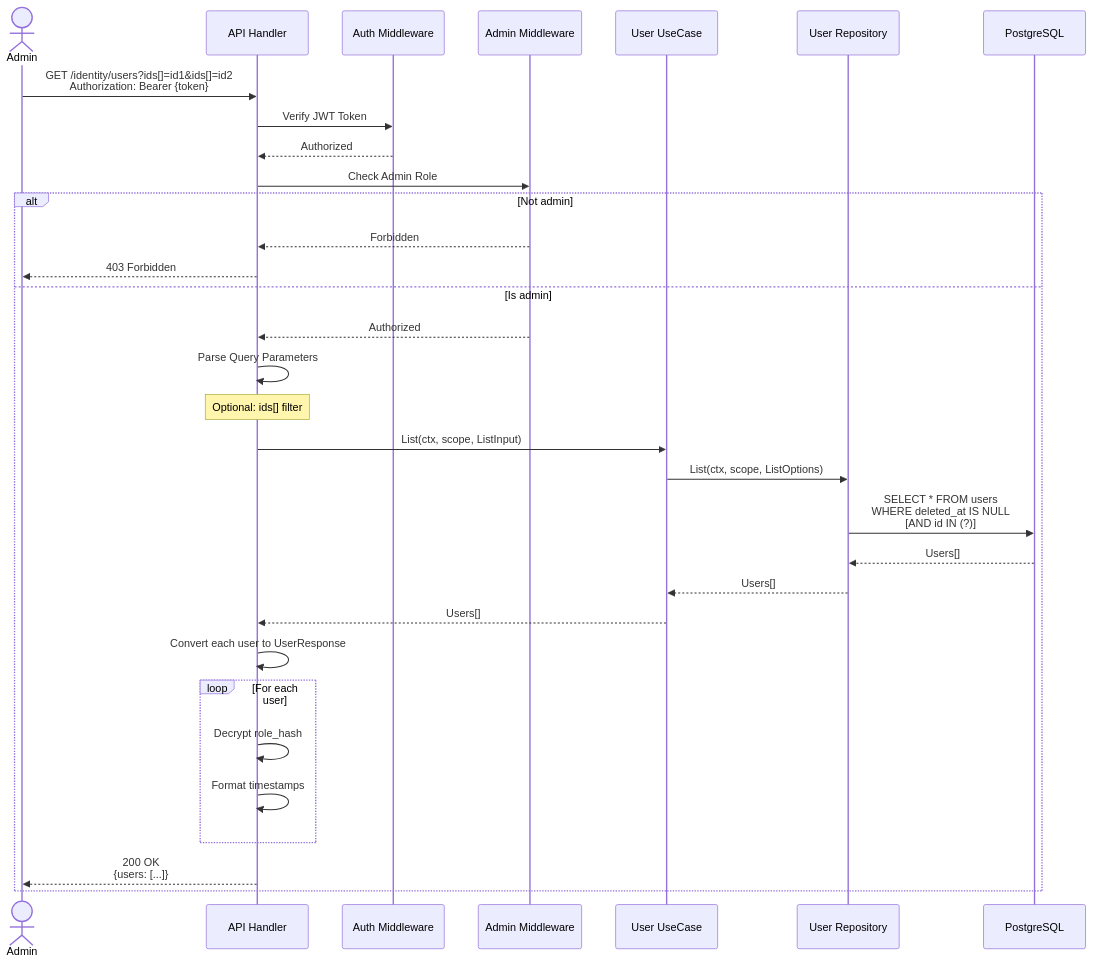
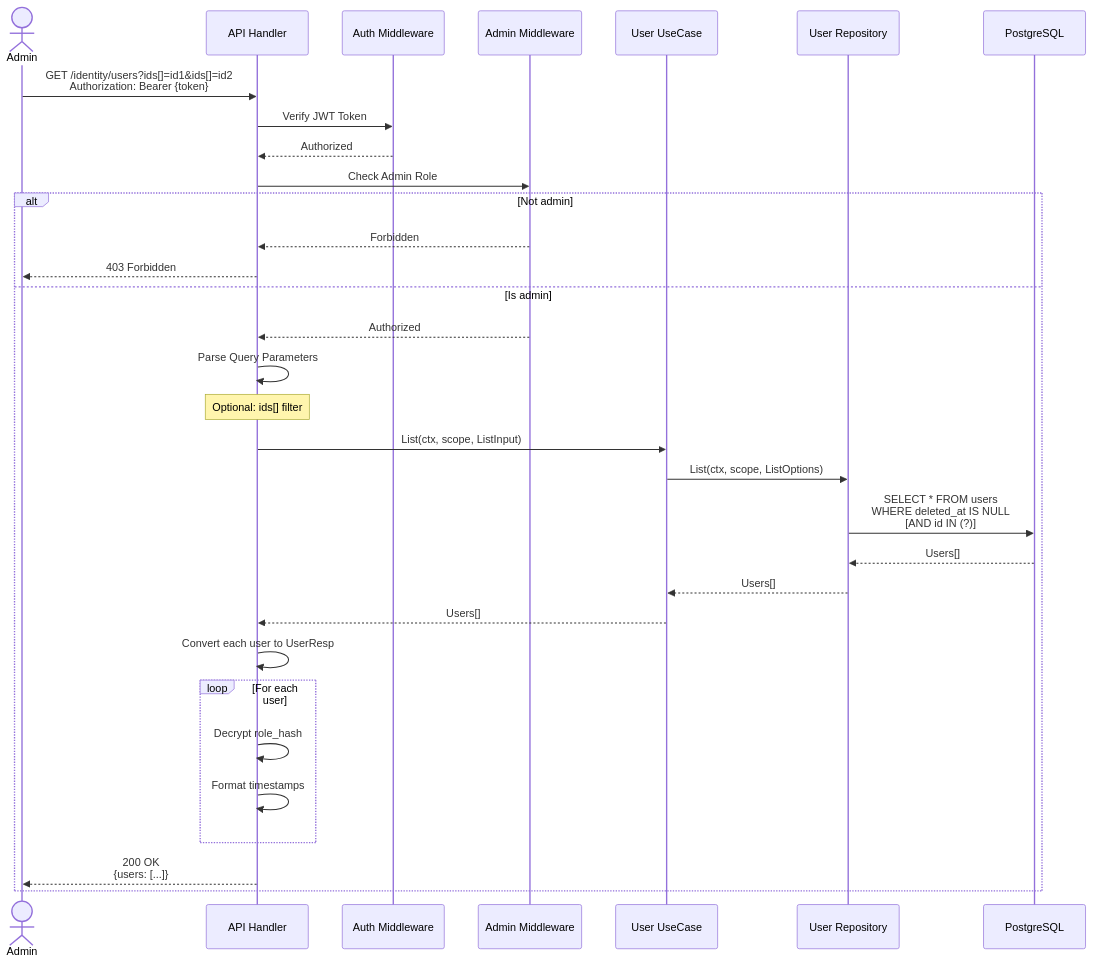
Before and after one commit to smap-hcmut/identity-srv: diagram 17 of 18 in identity/document/api.md, drawn with Mermaid. The commit also changed other lines of this file and 2 other files, not shown here.

Commit message:
refactor: Standardize API request and response type naming to *Req and *Resp.

````diff
--- a/identity/document/api.md
+++ b/identity/document/api.md
@@ -977,46 +977,46 @@
 ```mermaid
 sequenceDiagram
     actor Admin
     participant API as API Handler
     participant AuthMW as Auth Middleware
     participant AdminMW as Admin Middleware
     participant UserUC as User UseCase
     participant UserRepo as User Repository
     participant DB as PostgreSQL
 
     Admin->>API: GET /identity/users?ids[]=id1&ids[]=id2<br/>Authorization: Bearer {token}
     
     API->>AuthMW: Verify JWT Token
     AuthMW-->>API: Authorized
     
     API->>AdminMW: Check Admin Role
     
     alt Not admin
         AdminMW-->>API: Forbidden
         API-->>Admin: 403 Forbidden
     else Is admin
         AdminMW-->>API: Authorized
         
         API->>API: Parse Query Parameters
         Note over API: Optional: ids[] filter
         
         API->>UserUC: List(ctx, scope, ListInput)
         
         UserUC->>UserRepo: List(ctx, scope, ListOptions)
         
         UserRepo->>DB: SELECT * FROM users<br/>WHERE deleted_at IS NULL<br/>[AND id IN (?)]
         
         DB-->>UserRepo: Users[]
         UserRepo-->>UserUC: Users[]
         
         UserUC-->>API: Users[]
         
-        API->>API: Convert each user to UserResponse
+        API->>API: Convert each user to UserResp
         loop For each user
             API->>API: Decrypt role_hash
             API->>API: Format timestamps
         end
         
         API-->>Admin: 200 OK<br/>{users: [...]}
     end
 ```
````
